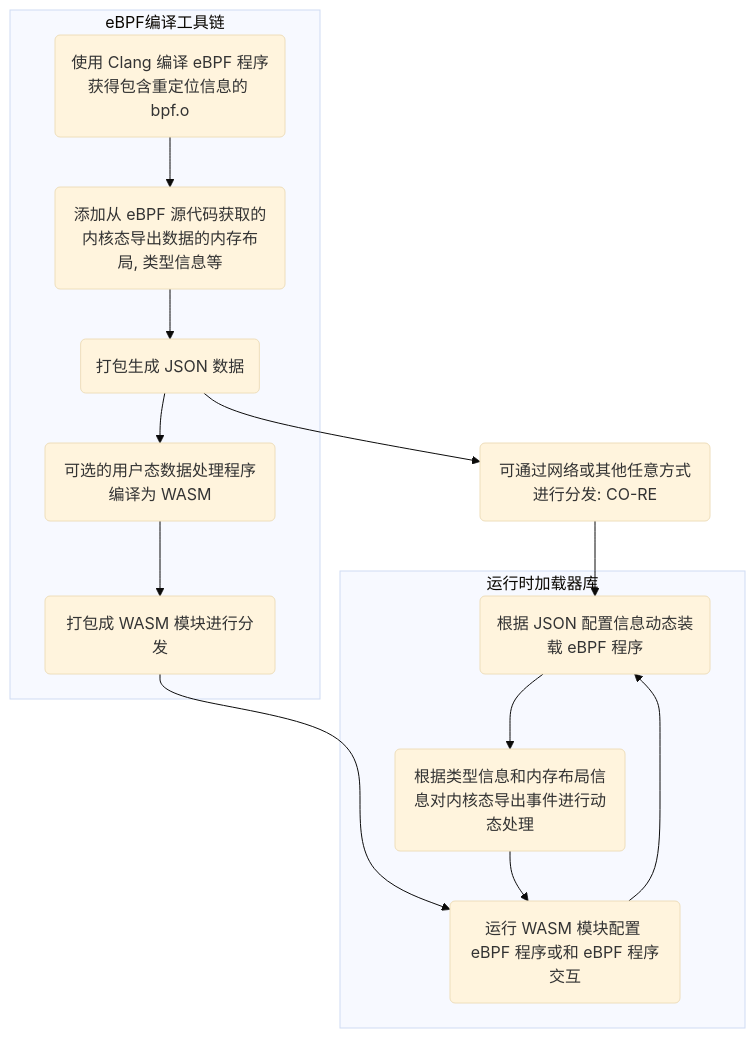
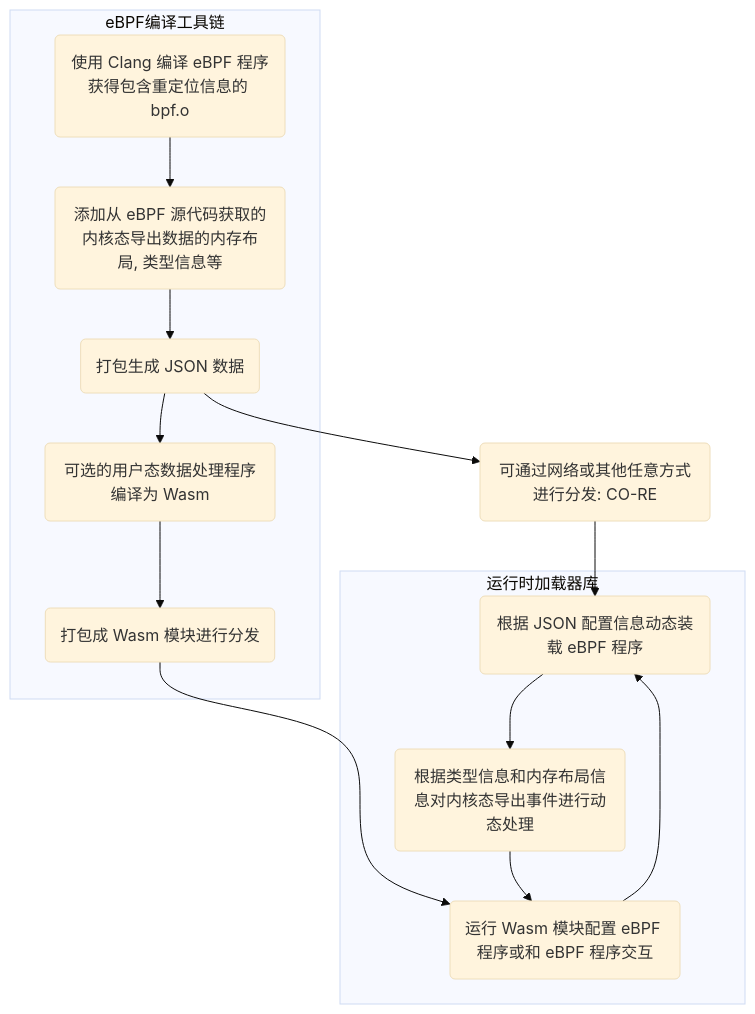
The diagram in src/mannual.md (eunomia-bpf/eunomia-bpf.github.io), drawn with Mermaid (base theme) before and after one commit. The commit also changed other lines of this file and 19 other files, not shown here.

````diff
--- a/src/mannual.md
+++ b/src/mannual.md
@@ -507,28 +508,28 @@
 ```mermaid
 graph TD
   b3-->package
   b4-->a3
   package-->a1
   package(可通过网络或其他任意方式进行分发: CO-RE)
 
   subgraph 运行时加载器库
-  a3(运行 WASM 模块配置 eBPF 程序或和 eBPF 程序交互)
+  a3(运行 Wasm 模块配置 eBPF 程序或和 eBPF 程序交互)
   a1(根据 JSON 配置信息动态装载 eBPF 程序)
   a2(根据类型信息和内存布局信息对内核态导出事件进行动态处理)
   a1-->a2
   a3-->a1
   a2-->a3
   end
 
   subgraph eBPF编译工具链
   b1(使用 Clang 编译 eBPF 程序获得包含重定位信息的 bpf.o)
   b2(添加从 eBPF 源代码获取的内核态导出数据的内存布局, 类型信息等)
   b3(打包生成 JSON 数据)
-  b4(打包成 WASM 模块进行分发)
-  b5(可选的用户态数据处理程序编译为 WASM)
+  b4(打包成 Wasm 模块进行分发)
+  b5(可选的用户态数据处理程序编译为 Wasm)
   b2-->b3
   b3-->b5
   b5-->b4
   b1-->b2
   end
 ```
````
